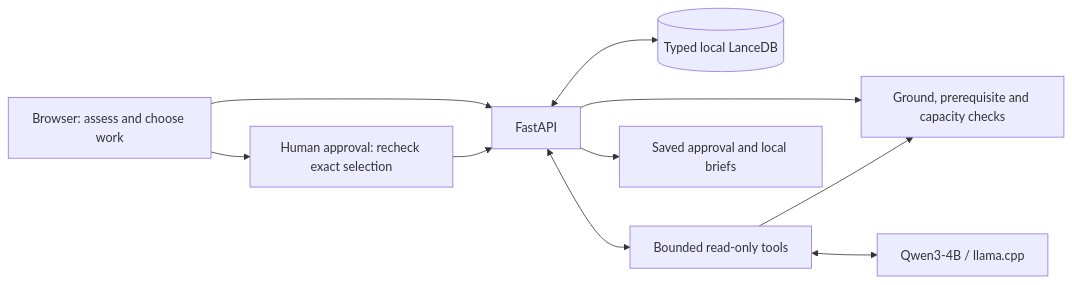
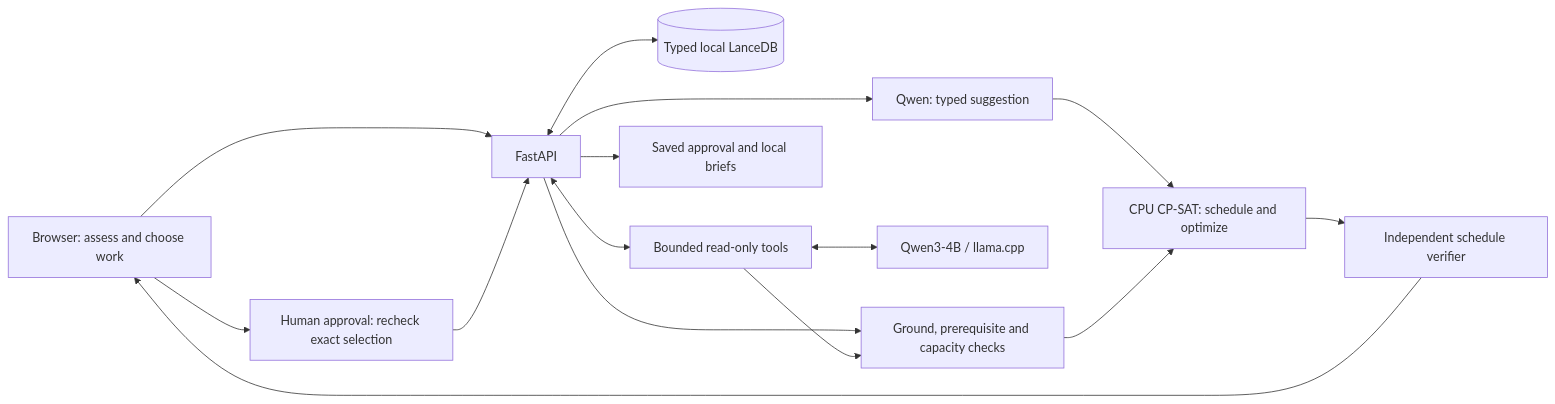
The diagram in README.md (itikku/terraready), drawn with Mermaid before and after one commit. The commit also changed other lines of this file and 5 other files, not shown here.

````diff
--- a/README.md
+++ b/README.md
@@ -25,12 +27,17 @@
 ```mermaid
 flowchart LR
     UI[Browser: assess and choose work] --> API[FastAPI]
     API <--> DB[(Typed local LanceDB)]
     API --> Rules[Ground, prerequisite and capacity checks]
     API <--> Agent[Bounded read-only tools]
     Agent <--> Model[Qwen3-4B / llama.cpp]
     Agent --> Rules
+    API --> Intent[Qwen: typed suggestion]
+    Intent --> Solver[CPU CP-SAT: schedule and optimize]
+    Solver --> Check[Independent schedule verifier]
+    Rules --> Solver
+    Check --> UI
     UI --> Approval[Human approval: recheck exact selection]
     Approval --> API
     API --> Brief[Saved approval and local briefs]
 ```
````
